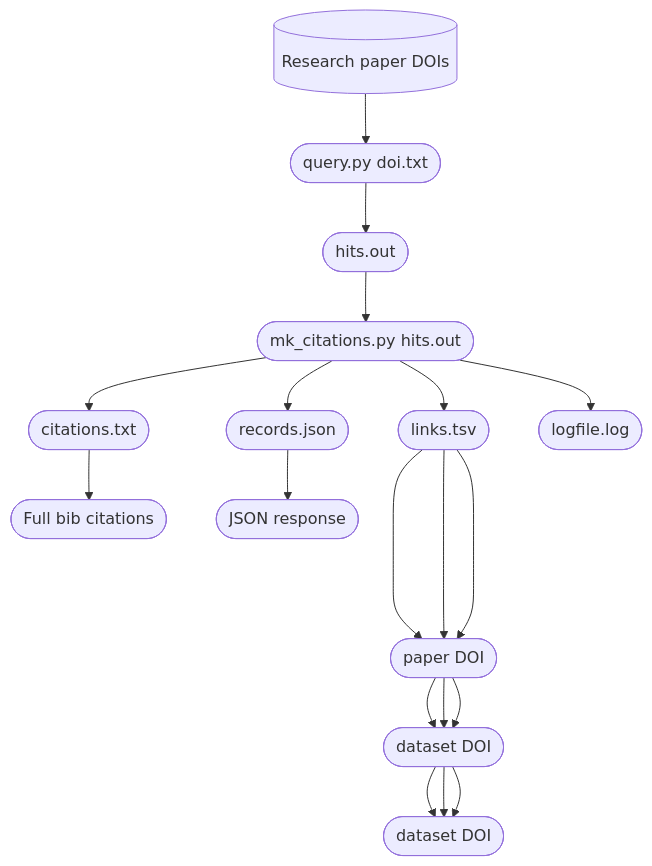
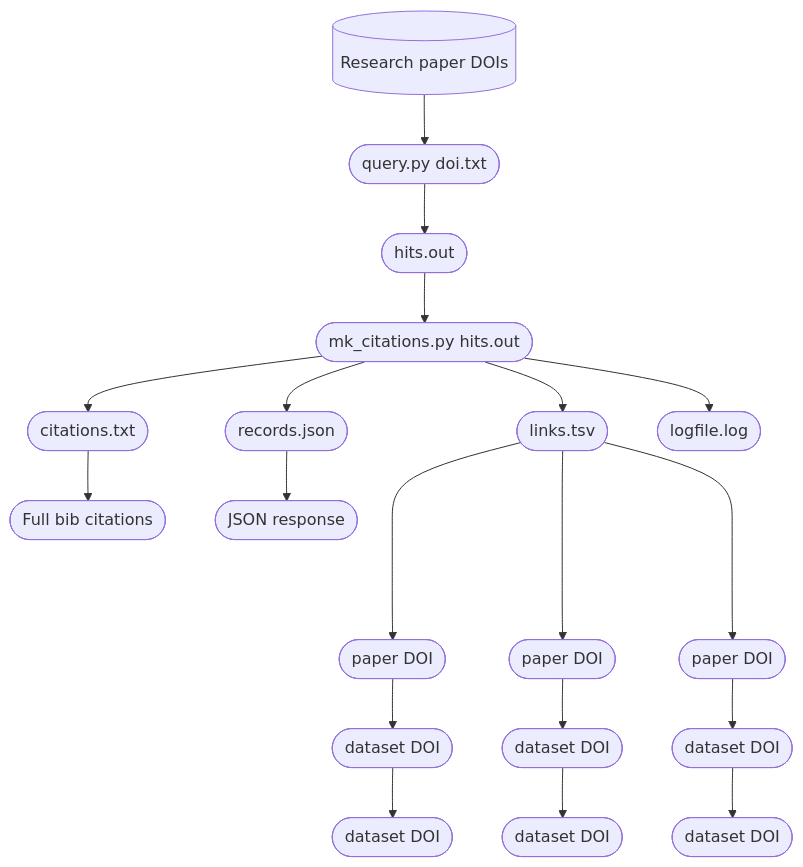
One commit to sefnyn/scholix changed the diagram in README.md. Above: the diagram before and after it, drawn with Mermaid.

````diff
--- a/README.md
+++ b/README.md
@@ -3,16 +3,16 @@
 ```mermaid
 graph TD;
     A[(Research paper DOIs)]
     A --> B([query.py doi.txt]);
     B --> C([hits.out]);
     C --> D([mk_citations.py hits.out]);
     D --> E([links.tsv]);
     D --> F([citations.txt]);
     D --> G([records.json]);
     D --> H([logfile.log]);
     E ----> J1([paper DOI]) --> J2([dataset DOI]) --> J3([dataset DOI]);
-    E ----> J1([paper DOI]) --> J2([dataset DOI]) --> J3([dataset DOI]);
-    E ----> J1([paper DOI]) --> J2([dataset DOI]) --> J3([dataset DOI]);
+    E ----> J4([paper DOI]) --> J5([dataset DOI]) --> J6([dataset DOI]);
+    E ----> J7([paper DOI]) --> J8([dataset DOI]) --> J0([dataset DOI]);
     F --> K([Full bib citations]);
     G --> L([JSON response]);
 ```
````
